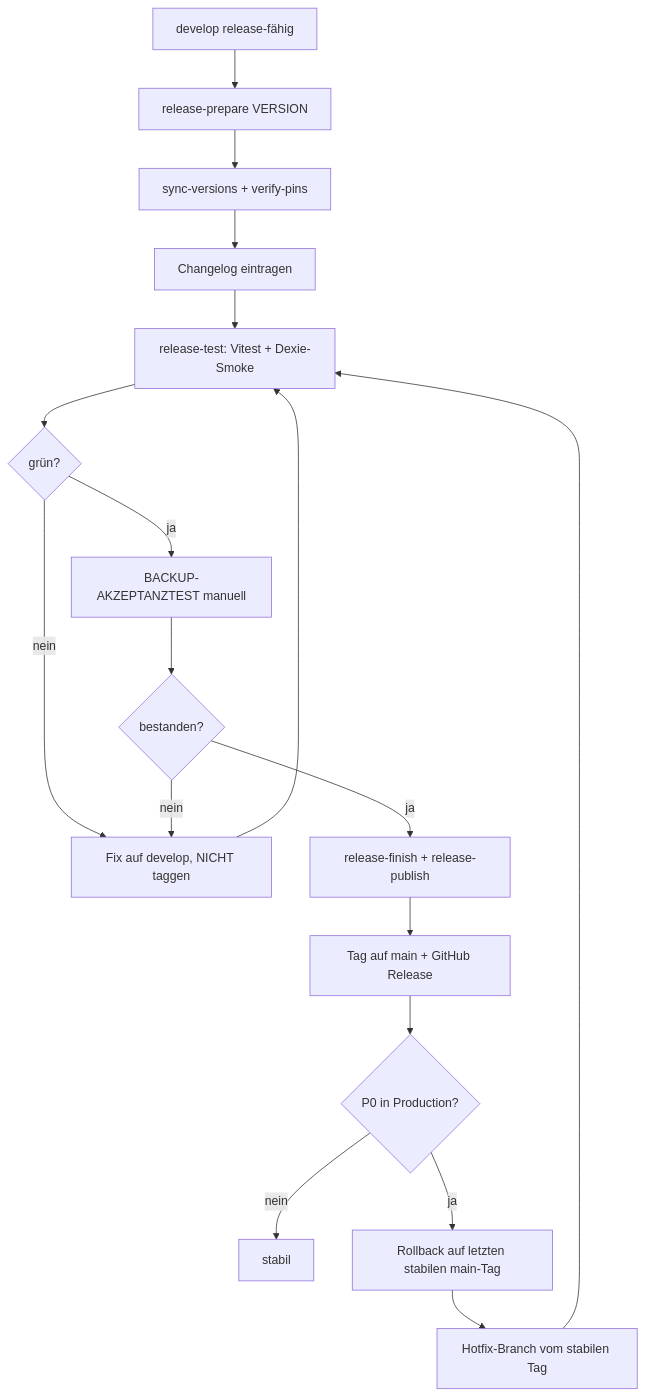
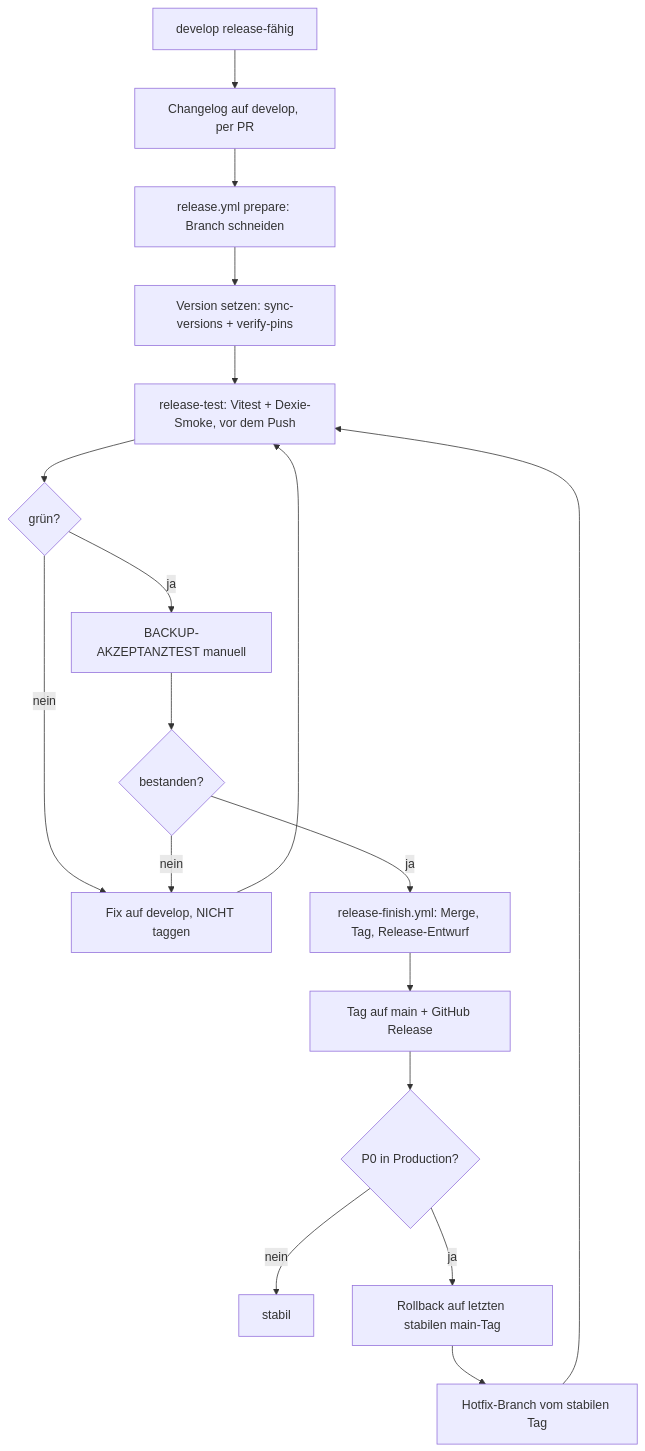
Before and after one commit to astrapi69/adaptive-learner: the third of 4 diagrams in docs/reference/adaptive-learner-vorgehensweise.md, drawn with Mermaid. The commit also changed other lines of this file and 28 other files, not shown here.

First line of the commit message:
chore(release): the release is cut by release.yml and finished by release-finish.yml (#4000)

````diff
--- a/docs/reference/adaptive-learner-vorgehensweise.md
+++ b/docs/reference/adaptive-learner-vorgehensweise.md
@@ -149,20 +149,20 @@
 ```mermaid
 flowchart TD
-    A[develop release-fähig] --> B[release-prepare VERSION]
-    B --> C[sync-versions + verify-pins]
-    C --> D[Changelog eintragen]
-    D --> E[release-test: Vitest + Dexie-Smoke]
+    A[develop release-fähig] --> D[Changelog auf develop, per PR]
+    D --> B[release.yml prepare: Branch schneiden]
+    B --> C[Version setzen: sync-versions + verify-pins]
+    C --> E[release-test: Vitest + Dexie-Smoke, vor dem Push]
     E --> F{grün?}
     F -->|nein| G[Fix auf develop, NICHT taggen]
     G --> E
     F -->|ja| H[BACKUP-AKZEPTANZTEST manuell]
     H --> I{bestanden?}
     I -->|nein| G
-    I -->|ja| J[release-finish + release-publish]
+    I -->|ja| J[release-finish.yml: Merge, Tag, Release-Entwurf]
     J --> K[Tag auf main + GitHub Release]
     K --> L{P0 in Production?}
     L -->|nein| M[stabil]
     L -->|ja| N[Rollback auf letzten stabilen main-Tag]
     N --> O[Hotfix-Branch vom stabilen Tag]
     O --> E
 ```
````
